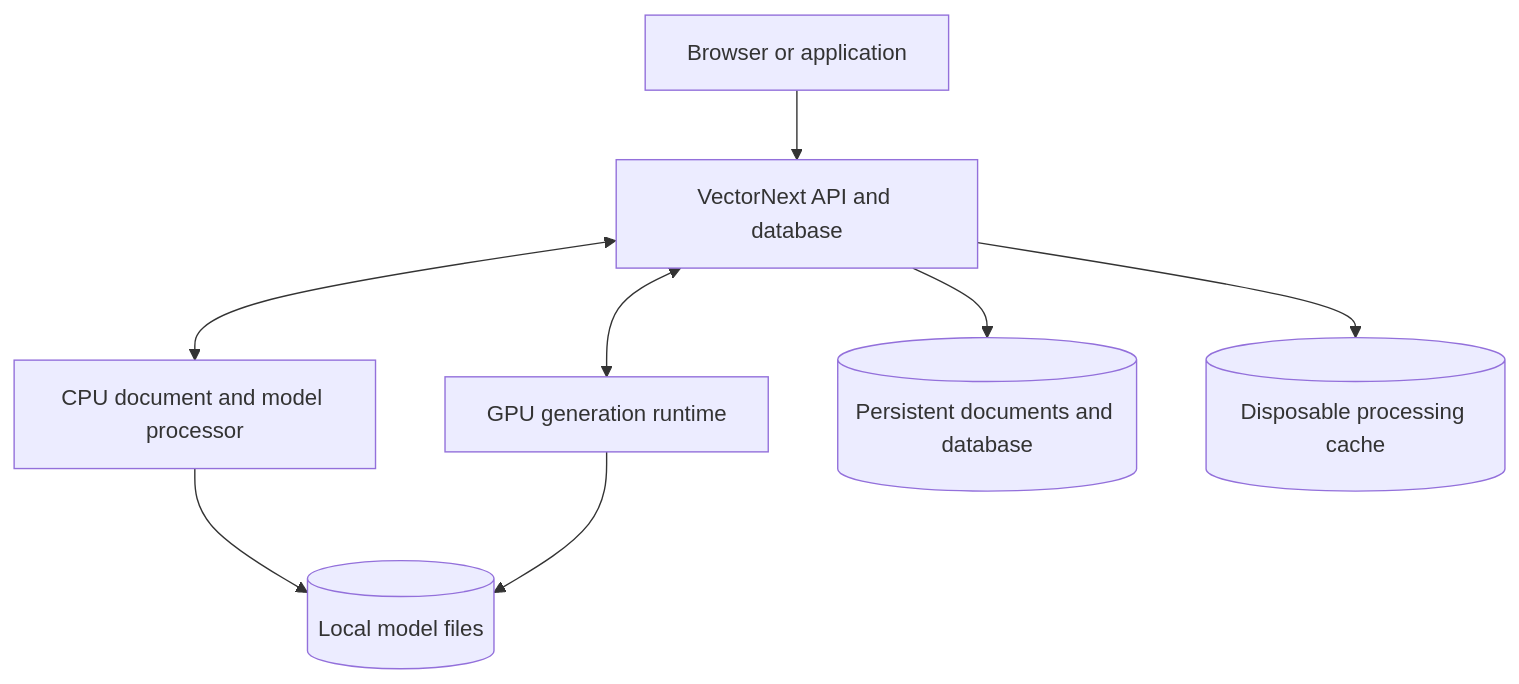
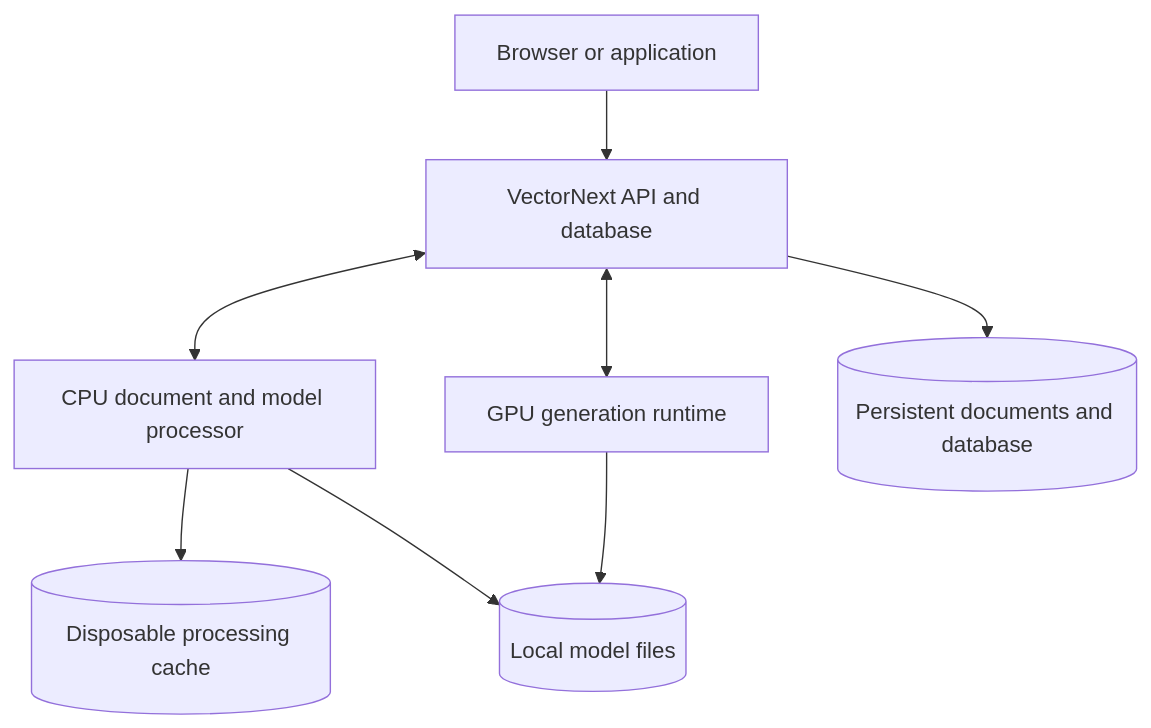
The diagram in docs/architecture.md (dpittaluga76/VectorNext), drawn with Mermaid before and after one commit. The commit also changed other lines of this file and 156 other files, not shown here.

````diff
--- a/docs/architecture.md
+++ b/docs/architecture.md
@@ -34,10 +40,10 @@
 ```mermaid
 flowchart TD
     Client[Browser or application] --> Core[VectorNext API and database]
     Core <--> Processor[CPU document and model processor]
     Core <--> LLM[GPU generation runtime]
     Core --> Data[(Persistent documents and database)]
-    Core --> Cache[(Disposable processing cache)]
+    Processor --> Cache[(Disposable processing cache)]
     Processor --> Models[(Local model files)]
     LLM --> Models
 ```
````
